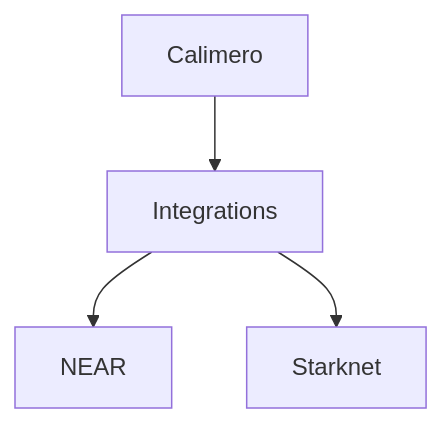
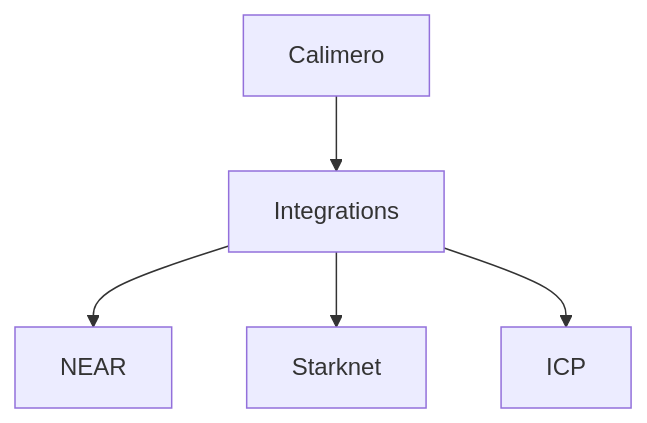
The first of 7 diagrams in docs/03-core-concepts/06-blockchains-integration/01-blockchain-integration-general.mdx (calimero-network/calimero-network.github.io), drawn with Mermaid before and after one commit. The commit also changed other lines of this file and 4 other files, not shown here.

````diff
--- a/docs/03-core-concepts/06-blockchains-integration/01-blockchain-integration-general.mdx
+++ b/docs/03-core-concepts/06-blockchains-integration/01-blockchain-integration-general.mdx
@@ -20,6 +21,7 @@
 ```mermaid
 graph TD
 A[Calimero] --> B[Integrations]
 B --> C[NEAR]
 B --> D[Starknet]
+B --> E[ICP]
 ```
````
